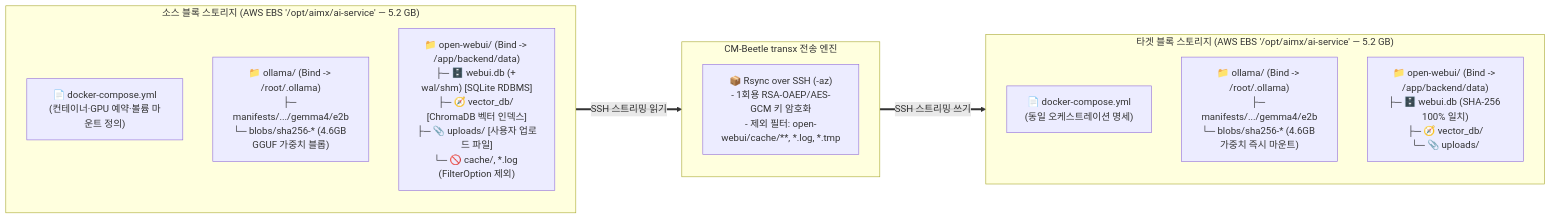
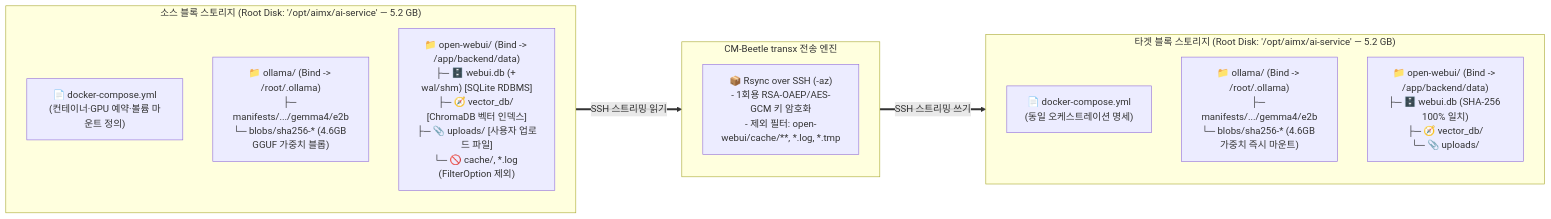
Before and after one commit to cloud-barista/cm-beetle: the seventh of 9 diagrams in docs/poc/ai-service-migration-design.md, drawn with Mermaid. The commit also changed other lines of this file and 1 other file, not shown here.

````diff
--- a/docs/poc/ai-service-migration-design.md
+++ b/docs/poc/ai-service-migration-design.md
@@ -213,23 +247,23 @@
 ```mermaid
 flowchart LR
-    subgraph SrcDisk["소스 블록 스토리지 (AWS EBS '/opt/aimx/ai-service' — 5.2 GB)"]
+    subgraph SrcDisk["소스 블록 스토리지 (Root Disk: '/opt/aimx/ai-service' — 5.2 GB)"]
         direction TB
         S_YML["📄 docker-compose.yml\n(컨테이너·GPU 예약·볼륨 마운트 정의)"]
         S_O["📁 ollama/ (Bind -> /root/.ollama)\n├─ manifests/.../gemma4/e2b\n└─ blobs/sha256-* (4.6GB GGUF 가중치 블롭)"]
         S_W["📁 open-webui/ (Bind -> /app/backend/data)\n├─ 🗄️ webui.db (+ wal/shm) [SQLite RDBMS]\n├─ 🧭 vector_db/ [ChromaDB 벡터 인덱스]\n├─ 📎 uploads/ [사용자 업로드 파일]\n└─ 🚫 cache/, *.log (FilterOption 제외)"]
     end
 
     subgraph Transx["CM-Beetle transx 전송 엔진"]
         direction TB
         TX["📦 Rsync over SSH (-az)\n- 1회용 RSA-OAEP/AES-GCM 키 암호화\n- 제외 필터: open-webui/cache/**, *.log, *.tmp"]
     end
 
-    subgraph TgtDisk["타겟 블록 스토리지 (AWS EBS '/opt/aimx/ai-service' — 5.2 GB)"]
+    subgraph TgtDisk["타겟 블록 스토리지 (Root Disk: '/opt/aimx/ai-service' — 5.2 GB)"]
         direction TB
         D_YML["📄 docker-compose.yml\n(동일 오케스트레이션 명세)"]
         D_O["📁 ollama/ (Bind -> /root/.ollama)\n├─ manifests/.../gemma4/e2b\n└─ blobs/sha256-* (4.6GB 가중치 즉시 마운트)"]
         D_W["📁 open-webui/ (Bind -> /app/backend/data)\n├─ 🗄️ webui.db (SHA-256 100% 일치)\n├─ 🧭 vector_db/\n└─ 📎 uploads/"]
     end
 
     SrcDisk ==>|"SSH 스트리밍 읽기"| Transx ==>|"SSH 스트리밍 쓰기"| TgtDisk
 ```
````
